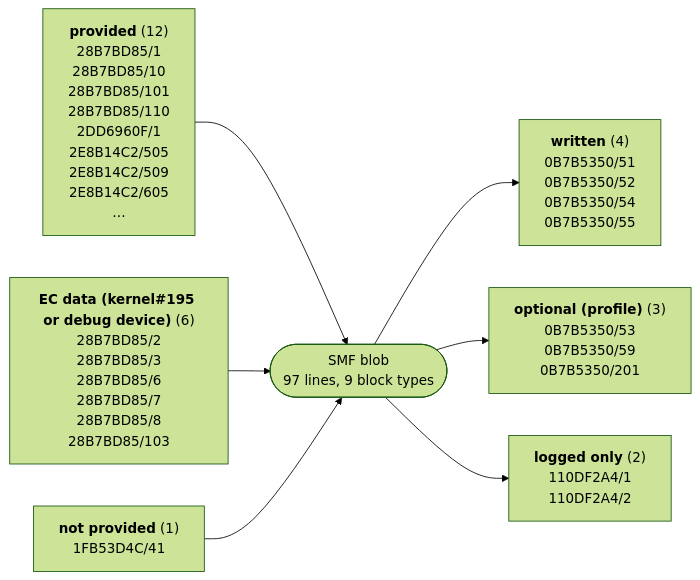
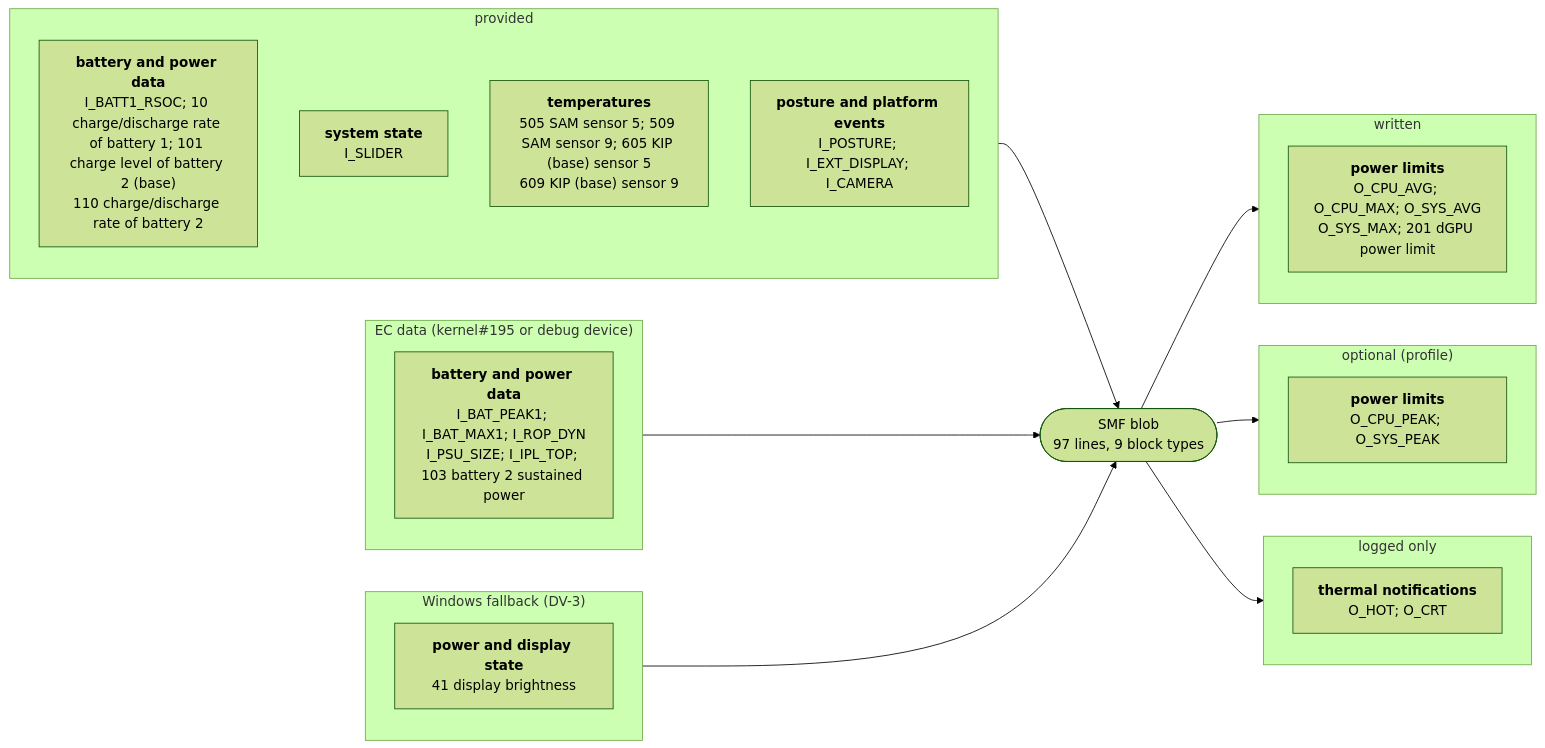
One commit to larsschellhas/linux-surface-power changed the diagram in docs/devices/surface-book-3-13.md. Above: the diagram before and after it, drawn with Mermaid (forest theme). The commit also changed other lines of this file and 31 other files, not shown here.

First line of the commit message:
Rate devices by their outputs; complete device diagrams

````diff
--- a/docs/devices/surface-book-3-13.md
+++ b/docs/devices/surface-book-3-13.md
@@ -17,10 +19,31 @@
 ```mermaid
 flowchart LR
-    I0["<b>provided</b> (12)<br/>28B7BD85/1<br/>28B7BD85/10<br/>28B7BD85/101<br/>28B7BD85/110<br/>2DD6960F/1<br/>2E8B14C2/505<br/>2E8B14C2/509<br/>2E8B14C2/605<br/>…"] --> B
-    I1["<b>EC data (kernel#195 or debug device)</b> (6)<br/>28B7BD85/2<br/>28B7BD85/3<br/>28B7BD85/6<br/>28B7BD85/7<br/>28B7BD85/8<br/>28B7BD85/103"] --> B
-    I2["<b>not provided</b> (1)<br/>1FB53D4C/41"] --> B
+    subgraph IN0["provided"]
+        I0_28B7BD85["<b>battery and power data</b><br/>I_BATT1_RSOC; 10 charge/discharge rate of battery 1; 101 charge level of battery 2 (base)<br/>110 charge/discharge rate of battery 2"]
+        I0_2DD6960F["<b>system state</b><br/>I_SLIDER"]
+        I0_2E8B14C2["<b>temperatures</b><br/>505 SAM sensor 5; 509 SAM sensor 9; 605 KIP (base) sensor 5<br/>609 KIP (base) sensor 9"]
+        I0_8060B17F["<b>posture and platform events</b><br/>I_POSTURE; I_EXT_DISPLAY; I_CAMERA"]
+    end
+    IN0 --> B
+    subgraph IN1["EC data (kernel#195 or debug device)"]
+        I1_28B7BD85["<b>battery and power data</b><br/>I_BAT_PEAK1; I_BAT_MAX1; I_ROP_DYN<br/>I_PSU_SIZE; I_IPL_TOP; 103 battery 2 sustained power"]
+    end
+    IN1 --> B
+    subgraph IN2["Windows fallback (DV-3)"]
+        I2_1FB53D4C["<b>power and display state</b><br/>41 display brightness"]
+    end
+    IN2 --> B
     B(["SMF blob<br/>97 lines, 9 block types"])
-    B --> O0["<b>written</b> (4)<br/>0B7B5350/51<br/>0B7B5350/52<br/>0B7B5350/54<br/>0B7B5350/55"]
-    B --> O1["<b>optional (profile)</b> (3)<br/>0B7B5350/53<br/>0B7B5350/59<br/>0B7B5350/201"]
-    B --> O2["<b>logged only</b> (2)<br/>110DF2A4/1<br/>110DF2A4/2"]
+    subgraph OUT0["written"]
+        O0_0B7B5350["<b>power limits</b><br/>O_CPU_AVG; O_CPU_MAX; O_SYS_AVG<br/>O_SYS_MAX; 201 dGPU power limit"]
+    end
+    B --> OUT0
+    subgraph OUT1["optional (profile)"]
+        O1_0B7B5350["<b>power limits</b><br/>O_CPU_PEAK; O_SYS_PEAK"]
+    end
+    B --> OUT1
+    subgraph OUT2["logged only"]
+        O2_110DF2A4["<b>thermal notifications</b><br/>O_HOT; O_CRT"]
+    end
+    B --> OUT2
 ```
````
